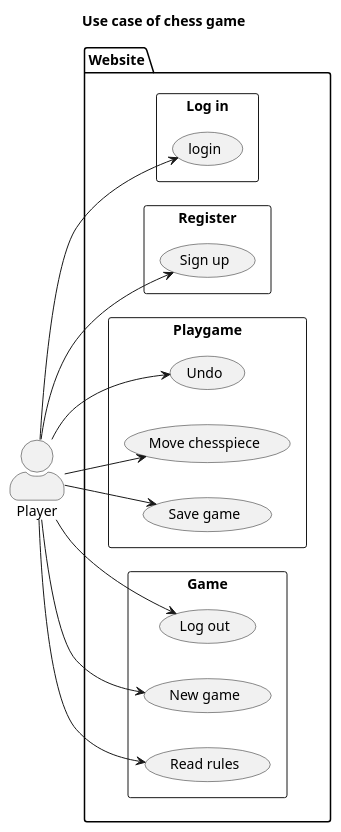
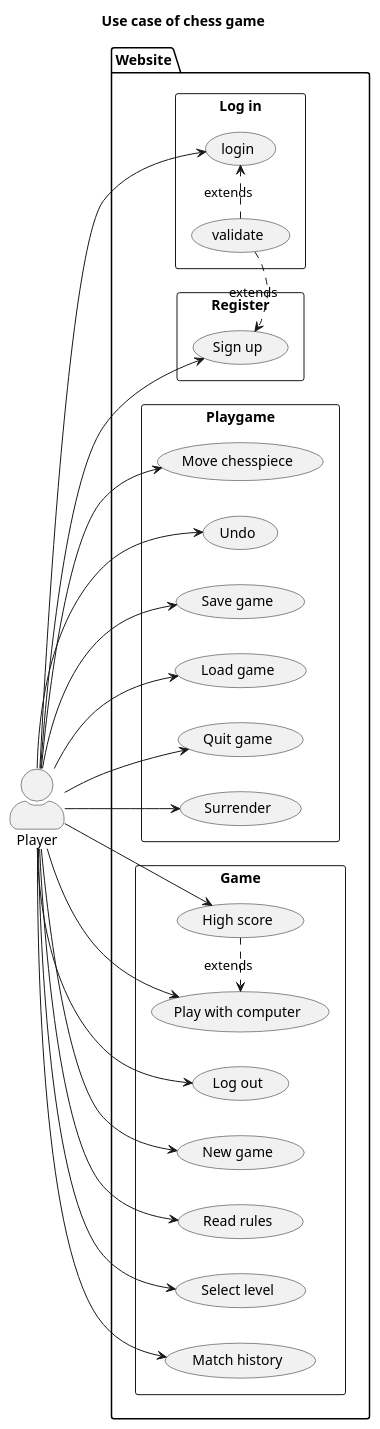
The diagram in nhom_2/usecase.puml (hoanglt1223/SET2021), drawn with PlantUML before and after one commit. The commit also changed 3 other files, not shown here.

Commit message:
nhom_2 | update UML

```diff
--- a/nhom_2/usecase.puml
+++ b/nhom_2/usecase.puml
@@ -1,42 +1,55 @@
 @startuml Application use cases diagram
 skinparam actorStyle awesome
-
 title Use case of chess game
 
 left to right direction
 :Player: as player
 
 package "Website"{
   rectangle "Log in"{
     usecase "login" as login
+    (validate) .> (login): extends
   }
   rectangle "Register"{
     usecase "Sign up" as signup
+    (validate) .> (signup): extends
   }
+  
 rectangle "Playgame"{
     usecase "Move chesspiece" as move
     usecase "Undo" as undo
     usecase "Save game" as save
-
+    usecase "Load game" as load
+    usecase "Quit game" as quit 
+    usecase "Surrender" as surrender
   }
 
   rectangle "Game" as gameplay{
     usecase "Log out" as logout
     usecase "New game" as newgame
     usecase "Read rules" as read
+    usecase "Select level" as level
+    usecase "Play with computer" as playvscomputer
+    usecase "High score" as score 
+    usecase "Match history" as history
+    score .> playvscomputer:extends
   }
-
 
 }
 
 player --> signup
 player --> login
 player --> read
 player --> logout
 player --> newgame
 player --> save
-player -> undo
-player -> move
-
-
+player --> undo
+player --> move
+player --> load
+player --> quit
+player --> surrender
+player --> level
+player --> playvscomputer
+player --> score
+player --> history
 @enduml
```
